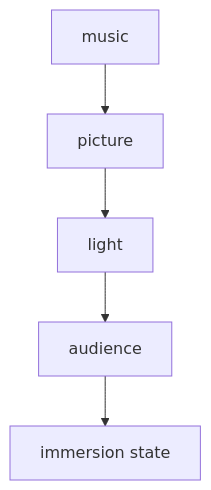
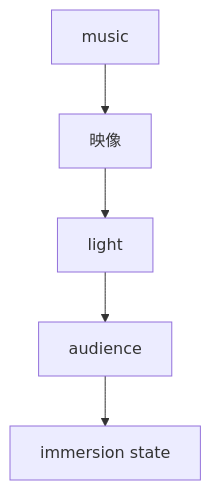
One commit to monumental-movement/monumental-movement.github.io changed the first of 3 diagrams in en/_posts/2026-04-25-column-andy-warhol-velvet-underground.md. Above: the diagram before and after it, drawn with Mermaid. The commit also changed other lines of this file and 1012 other files, not shown here.

```diff
--- a/en/_posts/2026-04-25-column-andy-warhol-velvet-underground.md
+++ b/en/_posts/2026-04-25-column-andy-warhol-velvet-underground.md
@@ -86,7 +86,7 @@
 <div class="mermaid">
 flowchart TD
-A[music] --> B[picture]
+A[music] --> B[映像]
 B --> C[light]
 C --> D[audience]
 D --> E[immersion state]
 </div>
```
